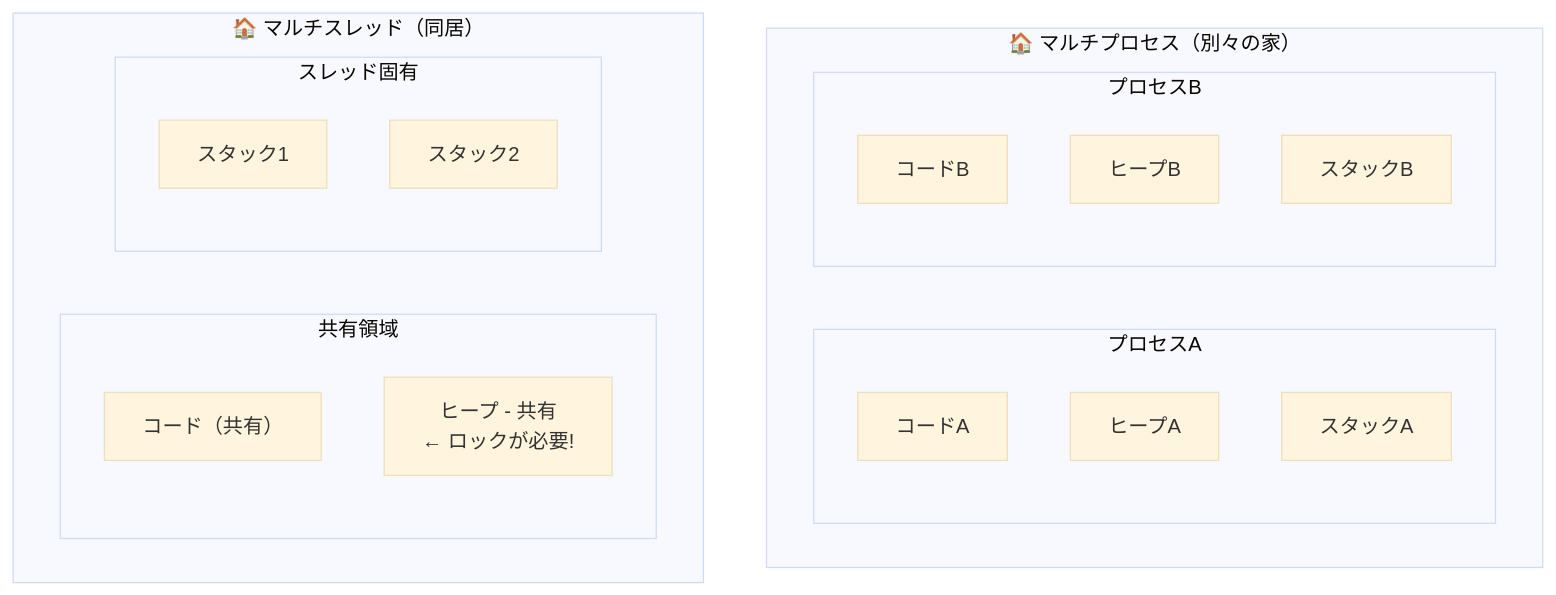
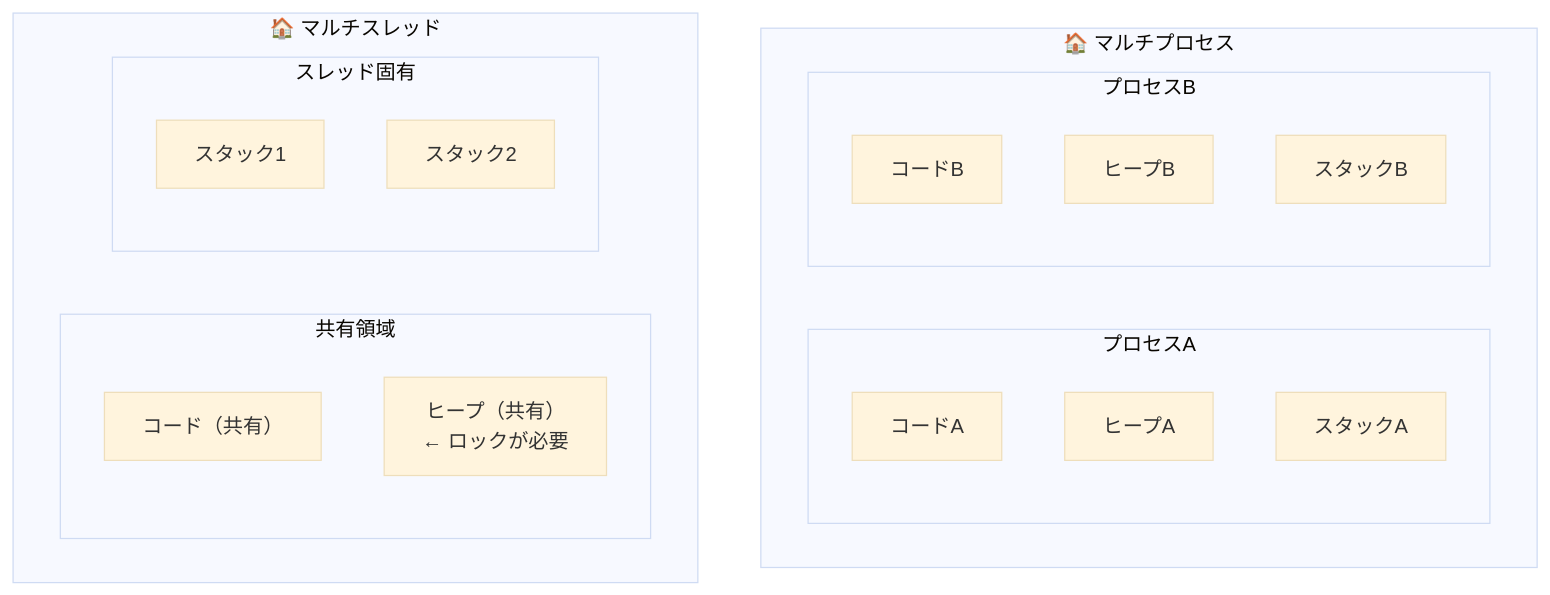
Before and after one commit to tonton-k37/study-notes: the first of 2 diagrams in three-easy-pieces-note/26.md, drawn with Mermaid (base theme). The commit also changed other lines of this file and 33 other files, not shown here.

````diff
--- a/three-easy-pieces-note/26.md
+++ b/three-easy-pieces-note/26.md
@@ -25,26 +27,26 @@
 ```mermaid
 graph TD
-    subgraph PROC["🏠 マルチプロセス（別々の家）"]
+    subgraph PROC["🏠 マルチプロセス"]
         subgraph PA["プロセスA"]
             CA["コードA"]
             HA["ヒープA"]
             SA["スタックA"]
         end
         subgraph PB["プロセスB"]
             CB["コードB"]
             HB["ヒープB"]
             SB["スタックB"]
         end
     end
 
-    subgraph THREAD["🏠 マルチスレッド（同居）"]
+    subgraph THREAD["🏠 マルチスレッド"]
         subgraph SHARED["共有領域"]
             CS["コード（共有）"]
-            HS["ヒープ - 共有<br/>← ロックが必要!"]
+            HS["ヒープ（共有）<br/>← ロックが必要"]
         end
         subgraph SEP["スレッド固有"]
             S1["スタック1"]
             S2["スタック2"]
         end
     end
 ```
````
